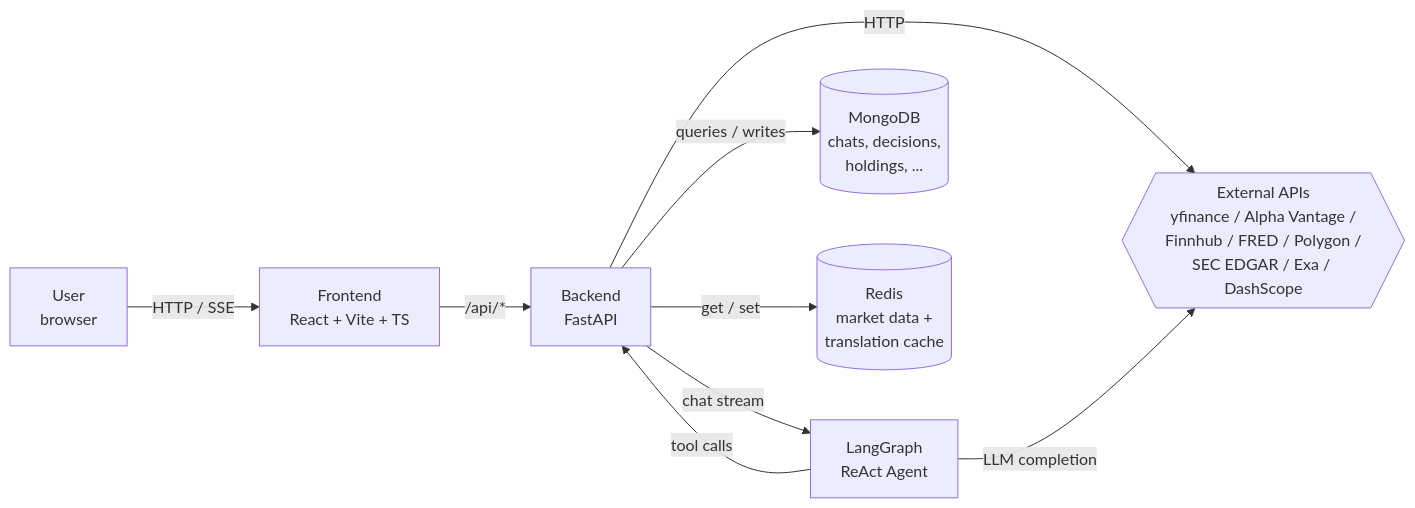
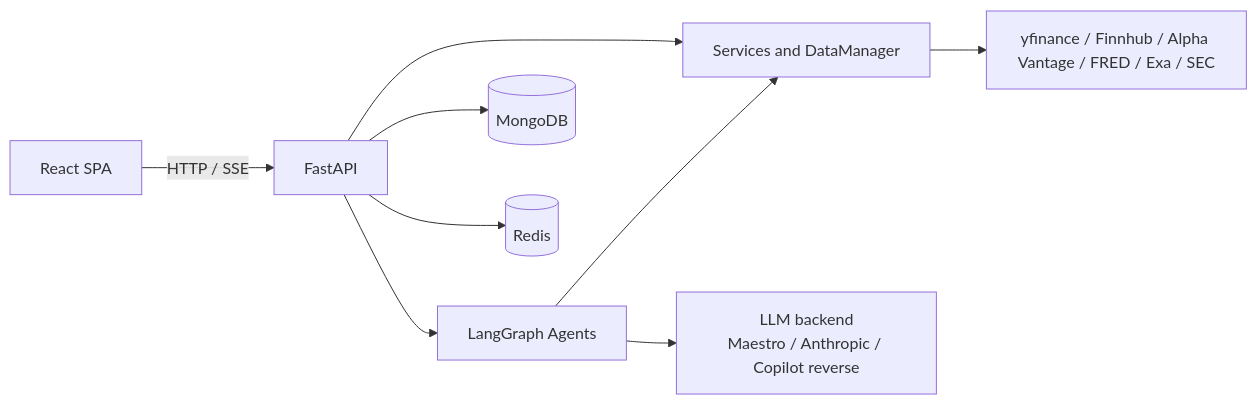
The diagram in docs/architecture/overview.md (fhw12345/FinancialAgent), drawn with Mermaid before and after one commit. The commit also changed other lines of this file and 274 other files, not shown here.

````diff
--- a/docs/architecture/overview.md
+++ b/docs/architecture/overview.md
@@ -27,19 +22,20 @@
 ```mermaid
 flowchart LR
-    user[User<br/>browser]
-    fe[Frontend<br/>React + Vite + TS]
-    be[Backend<br/>FastAPI]
-    agent[LangGraph<br/>ReAct Agent]
-    mongo[(MongoDB<br/>chats, decisions,<br/>holdings, ...)]
-    redis[(Redis<br/>market data +<br/>translation cache)]
-    ext{{External APIs<br/>yfinance / Alpha Vantage /<br/>Finnhub / FRED / Polygon /<br/>SEC EDGAR / Exa / DashScope}}
+    browser[React SPA]
+    api[FastAPI]
+    agents[LangGraph Agents]
+    services[Services and DataManager]
+    mongo[(MongoDB)]
+    redis[(Redis)]
+    llm[LLM backend<br/>Maestro / Anthropic / Copilot reverse]
+    providers[yfinance / Finnhub / Alpha Vantage / FRED / Exa / SEC]
 
-    user -- HTTP / SSE --> fe
-    fe -- /api/* --> be
-    be -- chat stream --> agent
-    agent -- tool calls --> be
-    be -- queries / writes --> mongo
-    be -- get / set --> redis
-    be -- HTTP --> ext
-    agent -- LLM completion --> ext
+    browser -- HTTP / SSE --> api
+    api --> agents
+    api --> services
+    agents --> llm
+    agents --> services
+    services --> providers
+    api --> mongo
+    api --> redis
 ```
````
